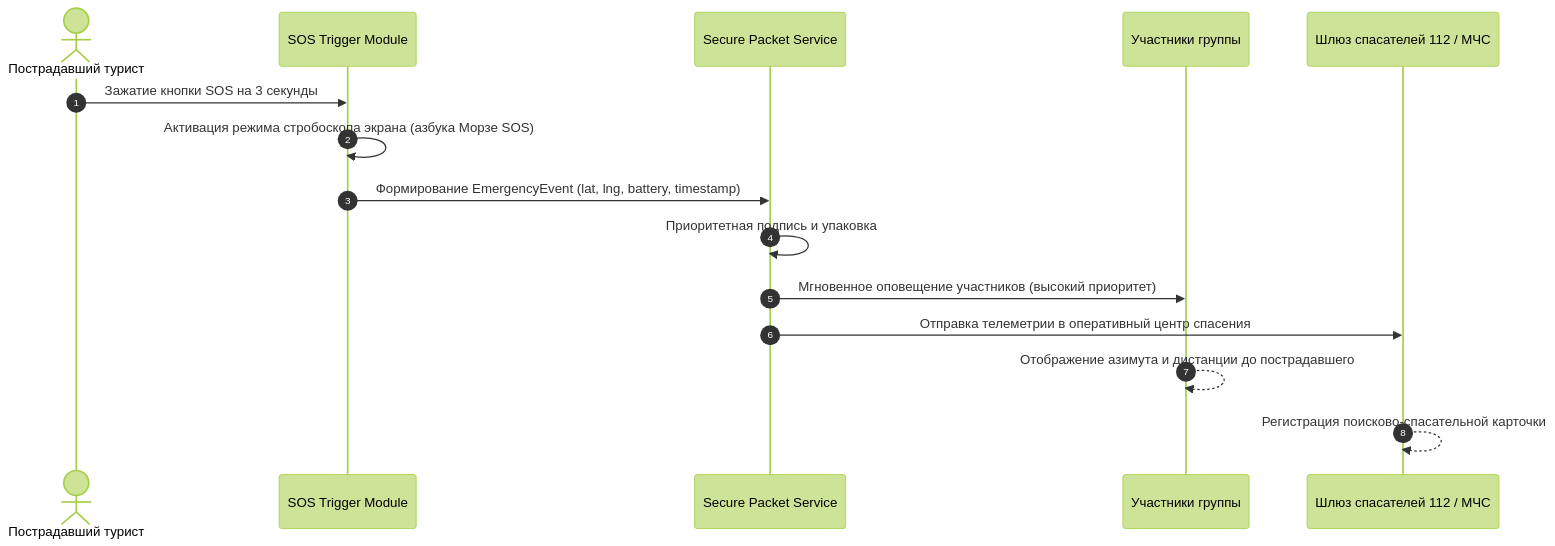
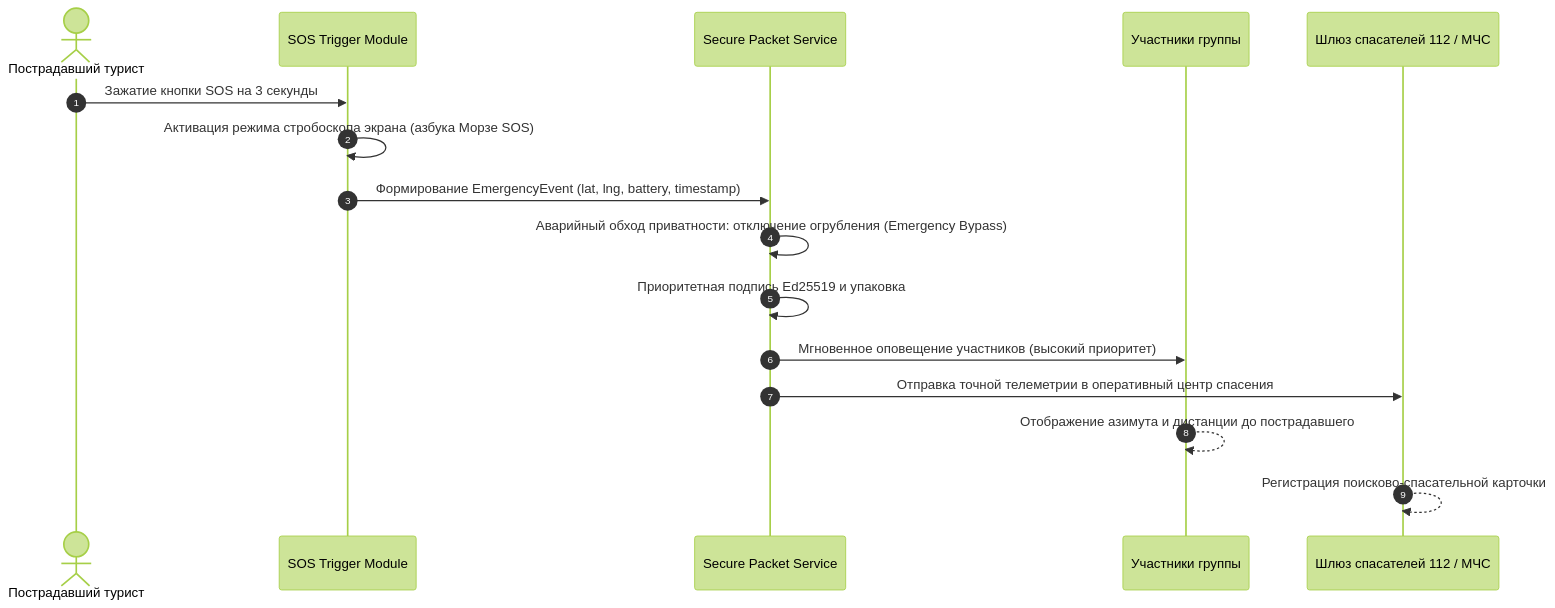
The fifth of 7 diagrams in docs/01-product/use-cases.md (asakue/Treeline-Tracker), drawn with Mermaid (forest theme) before and after one commit. The commit also changed other lines of this file and 36 other files, not shown here.

Commit message:
feat(security): implement E2EE group chat, emergency privacy bypass, API rate limiting and update docs

````diff
--- a/docs/01-product/use-cases.md
+++ b/docs/01-product/use-cases.md
@@ -138,18 +138,19 @@
 ```mermaid
 sequenceDiagram
     autonumber
     actor H as Пострадавший турист
     participant SOS as SOS Trigger Module
     participant Sec as Secure Packet Service
     participant Group as Участники группы
     participant SAR as Шлюз спасателей 112 / МЧС
 
     H->>SOS: Зажатие кнопки SOS на 3 секунды
     SOS->>SOS: Активация режима стробоскопа экрана (азбука Морзе SOS)
     SOS->>Sec: Формирование EmergencyEvent (lat, lng, battery, timestamp)
-    Sec->>Sec: Приоритетная подпись и упаковка
+    Sec->>Sec: Аварийный обход приватности: отключение огрубления (Emergency Bypass)
+    Sec->>Sec: Приоритетная подпись Ed25519 и упаковка
     Sec->>Group: Мгновенное оповещение участников (высокий приоритет)
-    Sec->>SAR: Отправка телеметрии в оперативный центр спасения
+    Sec->>SAR: Отправка точной телеметрии в оперативный центр спасения
     Group-->>Group: Отображение азимута и дистанции до пострадавшего
     SAR-->>SAR: Регистрация поисково-спасательной карточки
 ```
````
